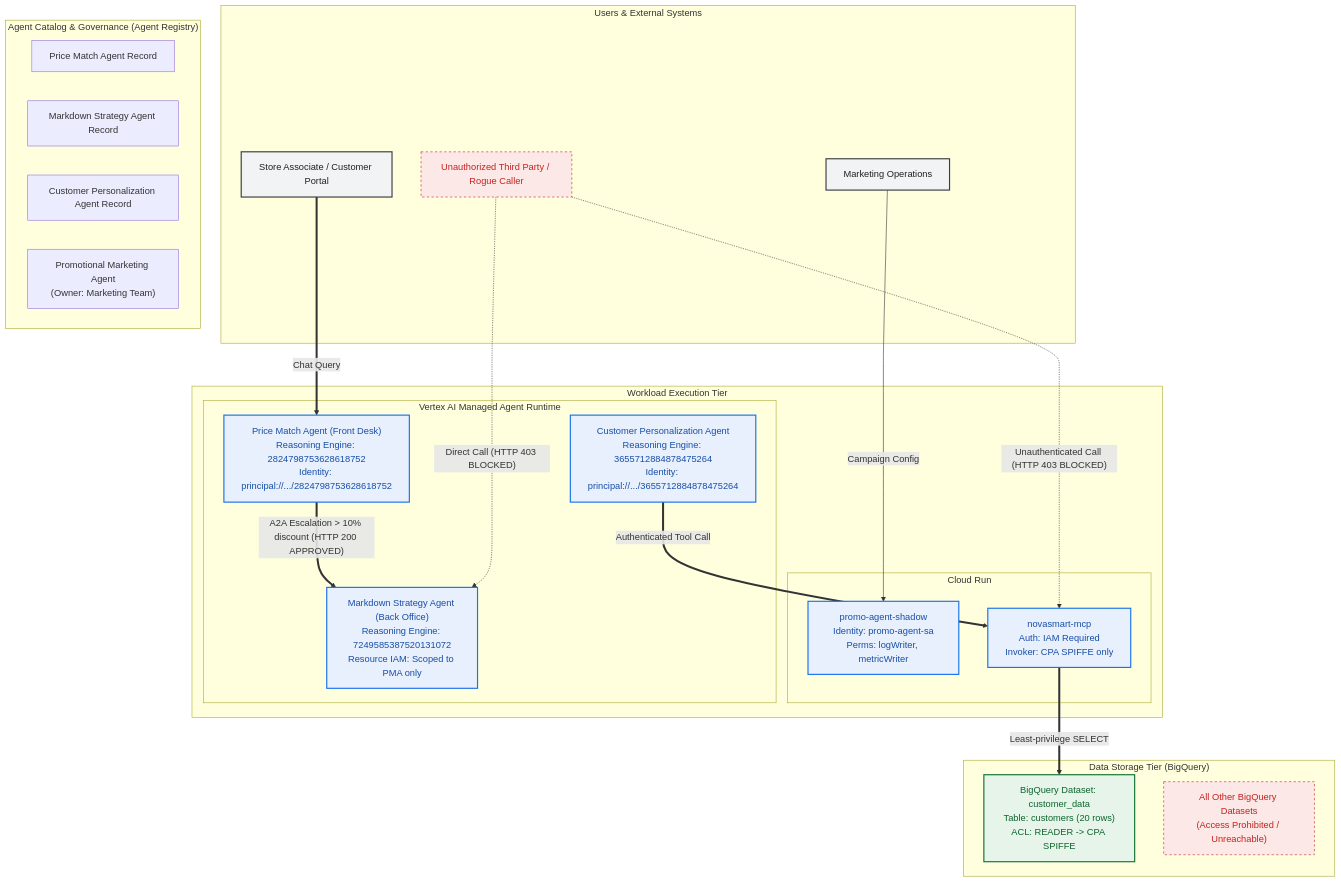
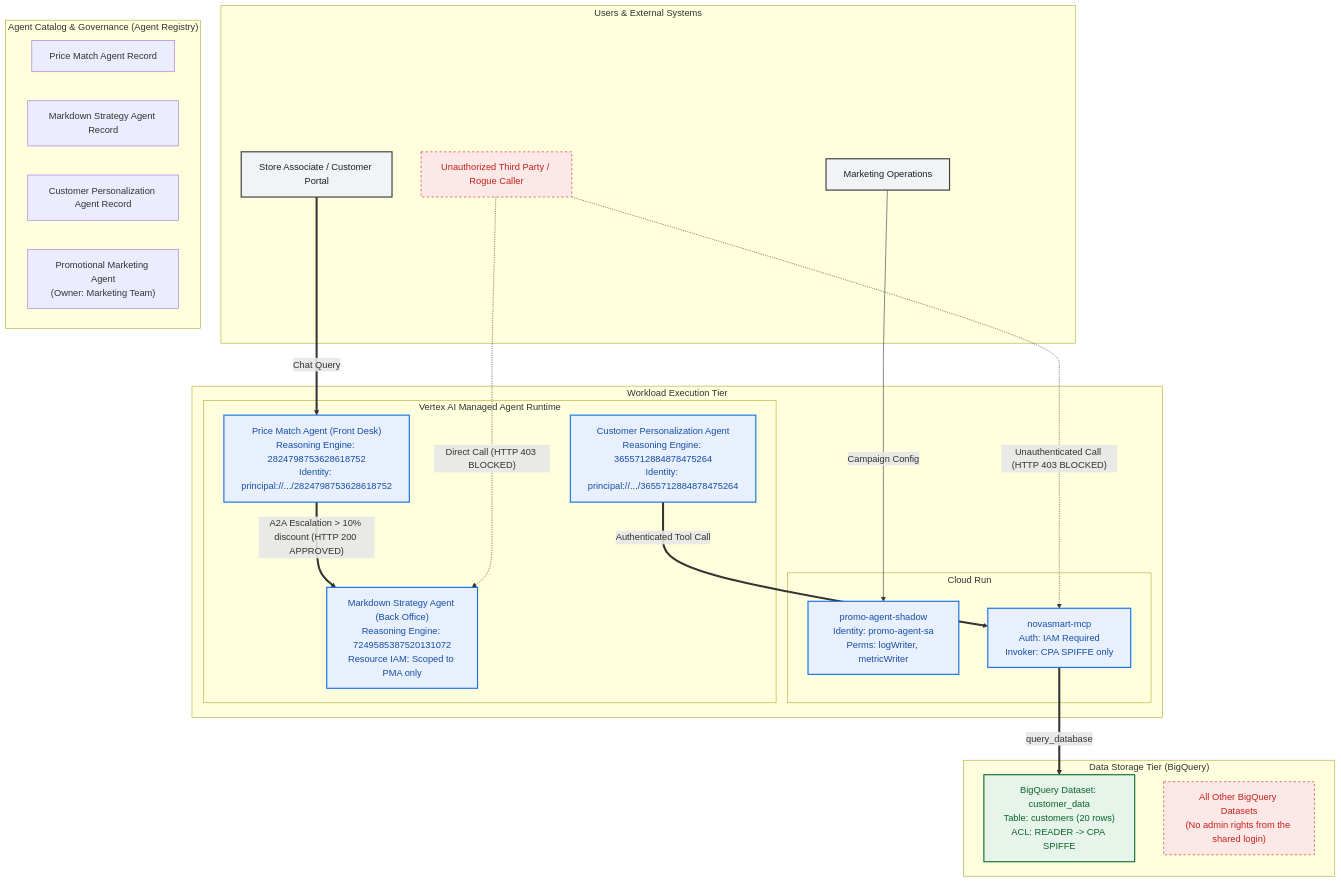
Before and after one commit to nelmiux/build-with-gemini: the sixth of 6 diagrams in docs/ARCHITECTURE_EVOLUTION_REPORT.md, drawn with Mermaid. The commit also changed other lines of this file and 8 other files, not shown here.

````diff
--- a/docs/ARCHITECTURE_EVOLUTION_REPORT.md
+++ b/docs/ARCHITECTURE_EVOLUTION_REPORT.md
@@ -260,54 +260,54 @@
 ```mermaid
 flowchart TD
     subgraph Users ["Users & External Systems"]
         StoreAssociate[Store Associate / Customer Portal]
         MarketingTeam[Marketing Operations]
         Attacker[Unauthorized Third Party / Rogue Caller]
     end
 
     subgraph "Agent Catalog & Governance (Agent Registry)"
         CatalogPMA["Price Match Agent Record"]
         CatalogMSA["Markdown Strategy Agent Record"]
         CatalogCPA["Customer Personalization Agent Record"]
         CatalogPromo["Promotional Marketing Agent<br/>(Owner: Marketing Team)"]
     end
 
     subgraph "Workload Execution Tier"
         subgraph "Cloud Run"
             PromoRun["promo-agent-shadow<br/>Identity: promo-agent-sa<br/>Perms: logWriter, metricWriter"]
             MCPService["novasmart-mcp<br/>Auth: IAM Required<br/>Invoker: CPA SPIFFE only"]
         end
 
         subgraph "Vertex AI Managed Agent Runtime"
             PMA["Price Match Agent (Front Desk)<br/>Reasoning Engine: 2824798753628618752<br/>Identity: principal://.../2824798753628618752"]
             MSA["Markdown Strategy Agent (Back Office)<br/>Reasoning Engine: 7249585387520131072<br/>Resource IAM: Scoped to PMA only"]
             CPA["Customer Personalization Agent<br/>Reasoning Engine: 3655712884878475264<br/>Identity: principal://.../3655712884878475264"]
         end
     end
 
     subgraph "Data Storage Tier (BigQuery)"
         BQ_Customer["BigQuery Dataset: customer_data<br/>Table: customers (20 rows)<br/>ACL: READER -> CPA SPIFFE"]
-        BQ_Restricted["All Other BigQuery Datasets<br/>(Access Prohibited / Unreachable)"]
+        BQ_Restricted["All Other BigQuery Datasets<br/>(No admin rights from the shared login)"]
     end
 
     %% Interactions
     StoreAssociate ==>|Chat Query| PMA
     MarketingTeam -->|Campaign Config| PromoRun
     Attacker -.->|"Direct Call (HTTP 403 BLOCKED)"| MSA
     Attacker -.->|"Unauthenticated Call (HTTP 403 BLOCKED)"| MCPService
 
     PMA ==>|"A2A Escalation > 10% discount (HTTP 200 APPROVED)"| MSA
     CPA ==>|Authenticated Tool Call| MCPService
-    MCPService ==>|Least-privilege SELECT| BQ_Customer
+    MCPService ==>|query_database| BQ_Customer
     
     classDef actor fill:#f1f3f4,stroke:#3c4043,stroke-width:2px,color:#202124;
     classDef agent fill:#e8f0fe,stroke:#1a73e8,stroke-width:2px,color:#174ea6;
     classDef data fill:#e6f4ea,stroke:#137333,stroke-width:2px,color:#0d652d;
     classDef blocked fill:#fce8e6,stroke:#c5221f,stroke-dasharray: 4 4,color:#c5221f;
 
     class StoreAssociate,MarketingTeam actor;
     class Attacker blocked;
     class PMA,MSA,CPA,PromoRun,MCPService agent;
     class BQ_Customer data;
     class BQ_Restricted blocked;
 ```
````
